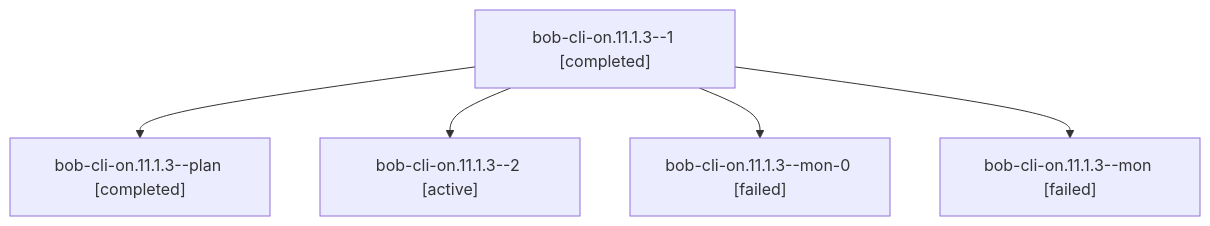
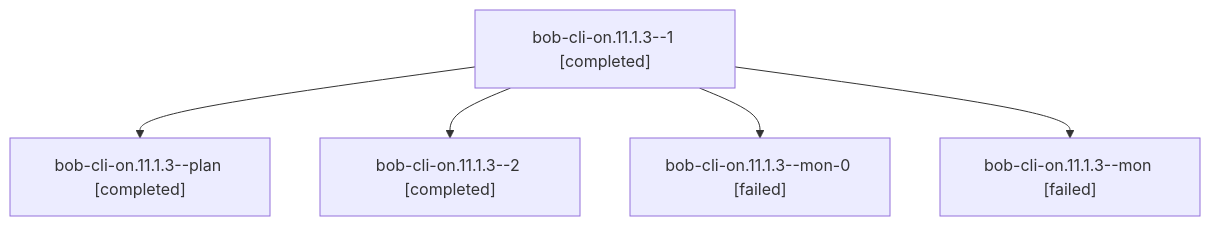
The diagram in sessions/bbugyi200.athena.bob-cli-on.11.1.3.md (bobs-org/bob-cli--agents), drawn with Mermaid before and after one commit. The commit also changed other lines of this file and 133 other files, not shown here.

````diff
--- a/sessions/bbugyi200.athena.bob-cli-on.11.1.3.md
+++ b/sessions/bbugyi200.athena.bob-cli-on.11.1.3.md
@@ -9,12 +9,12 @@
 ```mermaid
 flowchart TD
   n0["bob-cli-on.11.1.3--1 [completed]"]
   n1["bob-cli-on.11.1.3--plan [completed]"]
   n0 --> n1
-  n2["bob-cli-on.11.1.3--2 [active]"]
+  n2["bob-cli-on.11.1.3--2 [completed]"]
   n0 --> n2
   n3["bob-cli-on.11.1.3--mon-0 [failed]"]
   n0 --> n3
   n4["bob-cli-on.11.1.3--mon [failed]"]
   n0 --> n4
 ```
````
